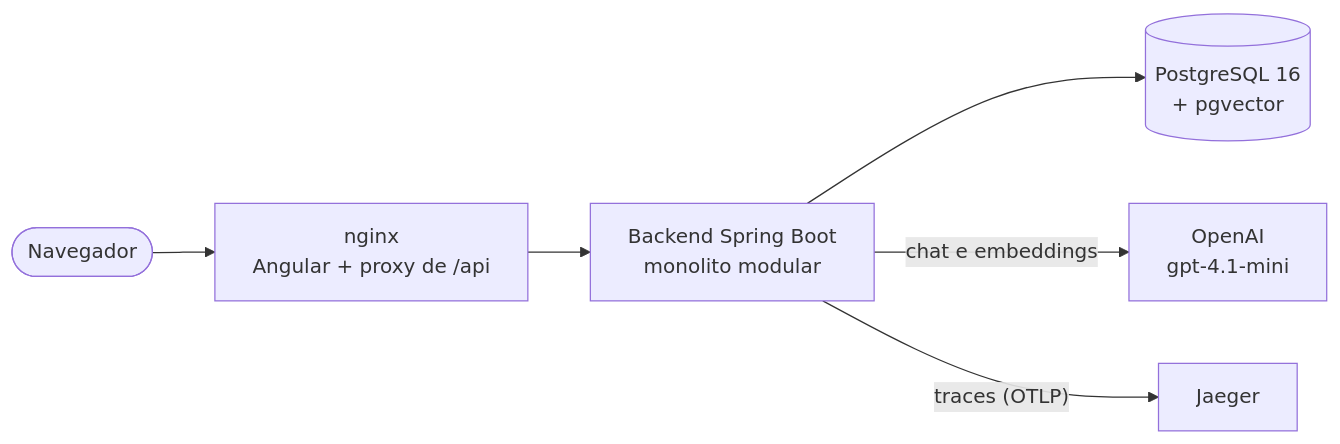
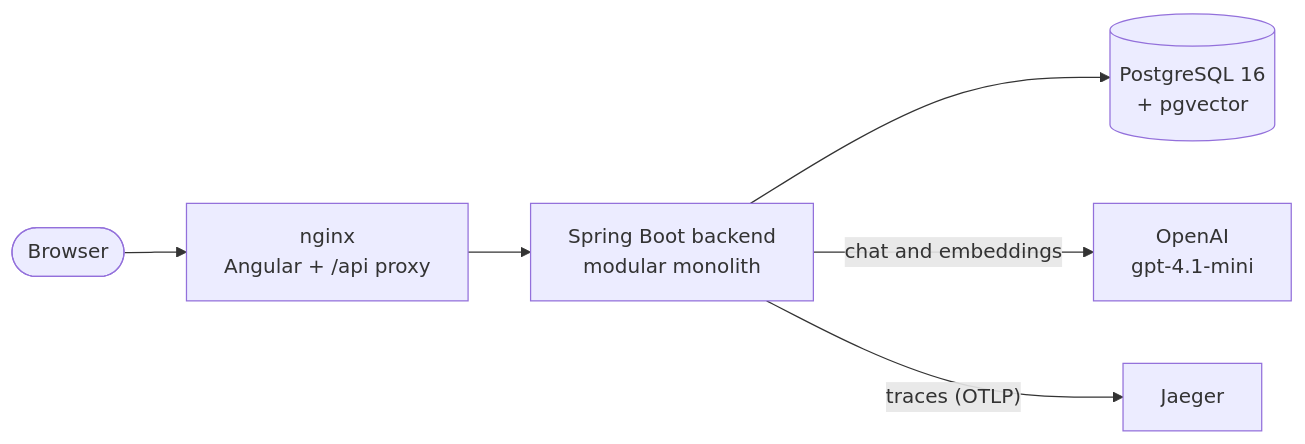
One commit to Phsouzaro/atlas-flight-booking-service changed the second of 3 diagrams in README.md. Above: the diagram before and after it, drawn with Mermaid. The commit also changed other lines of this file and 33 other files, not shown here.

````diff
--- a/README.md
+++ b/README.md
@@ -71,8 +102,8 @@
 ```mermaid
 flowchart LR
-    U([Navegador]) --> N["nginx<br/>Angular + proxy de /api"]
-    N --> B["Backend Spring Boot<br/>monolito modular"]
+    U([Browser]) --> N["nginx<br/>Angular + /api proxy"]
+    N --> B["Spring Boot backend<br/>modular monolith"]
     B --> P[("PostgreSQL 16<br/>+ pgvector")]
-    B -- "chat e embeddings" --> O["OpenAI<br/>gpt-4.1-mini"]
+    B -- "chat and embeddings" --> O["OpenAI<br/>gpt-4.1-mini"]
     B -- "traces (OTLP)" --> J["Jaeger"]
 ```
````
